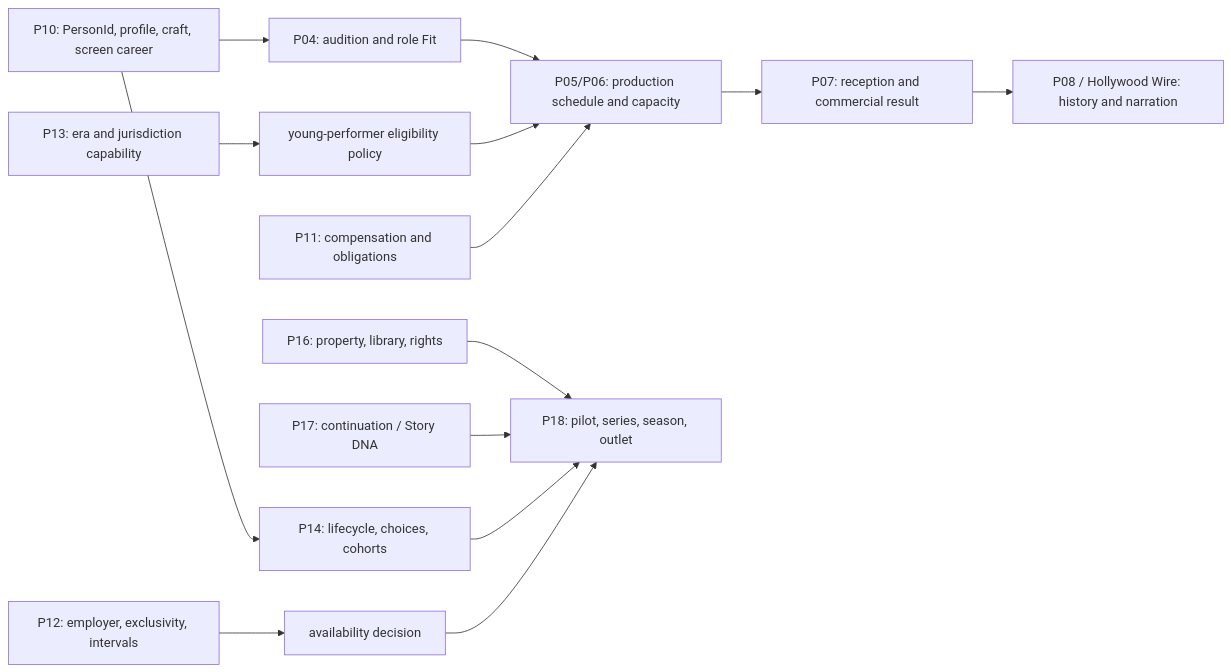
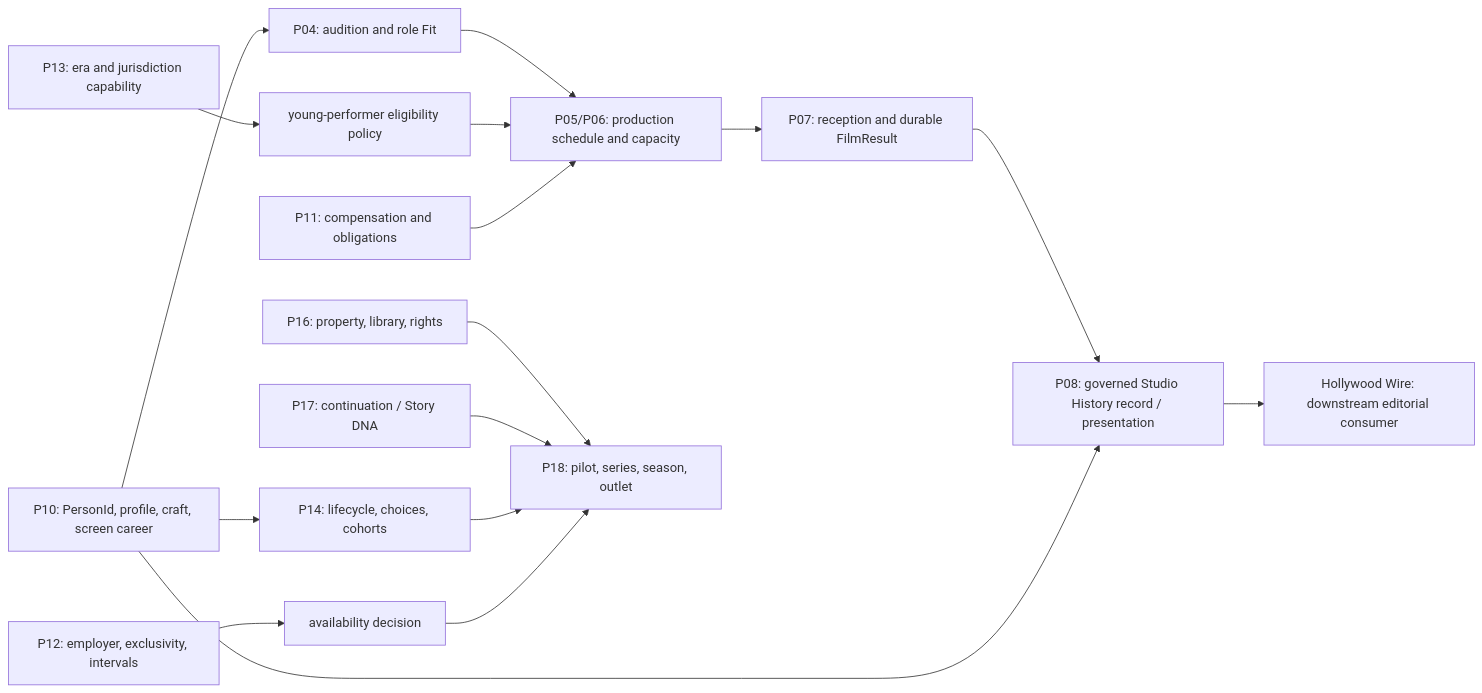
One commit to HSpector1/The-Movies changed the diagram in docs/design/future-talent/TALENT-ORIGINS-CURRENT-OPS-REVIEW.md. Above: the diagram before and after it, drawn with Mermaid. The commit also changed other lines of this file and 1 other file, not shown here.

Commit message:
docs: record talent origins current ops clarifications

````diff
--- a/docs/design/future-talent/TALENT-ORIGINS-CURRENT-OPS-REVIEW.md
+++ b/docs/design/future-talent/TALENT-ORIGINS-CURRENT-OPS-REVIEW.md
@@ -106,16 +111,18 @@
 ```mermaid
 flowchart LR
     P10[P10: PersonId, profile, craft, screen career] --> CAST[P04: audition and role Fit]
     P10 --> LIFE[P14: lifecycle, choices, cohorts]
     P12[P12: employer, exclusivity, intervals] --> AVAIL[availability decision]
     P13[P13: era and jurisdiction capability] --> ELIG[young-performer eligibility policy]
     CAST --> P5[P05/P06: production schedule and capacity]
     ELIG --> P5
     P11[P11: compensation and obligations] --> P5
-    P5 --> P7[P07: reception and commercial result]
-    P7 --> P8[P08 / Hollywood Wire: history and narration]
+    P5 --> P7[P07: reception and durable FilmResult]
+    P7 --> P8[P08: governed Studio History record / presentation]
+    P10 --> P8
+    P8 --> WIRE[Hollywood Wire: downstream editorial consumer]
     P16[P16: property, library, rights] --> P18[P18: pilot, series, season, outlet]
     P17[P17: continuation / Story DNA] --> P18
     LIFE --> P18
     AVAIL --> P18
 ```
````
